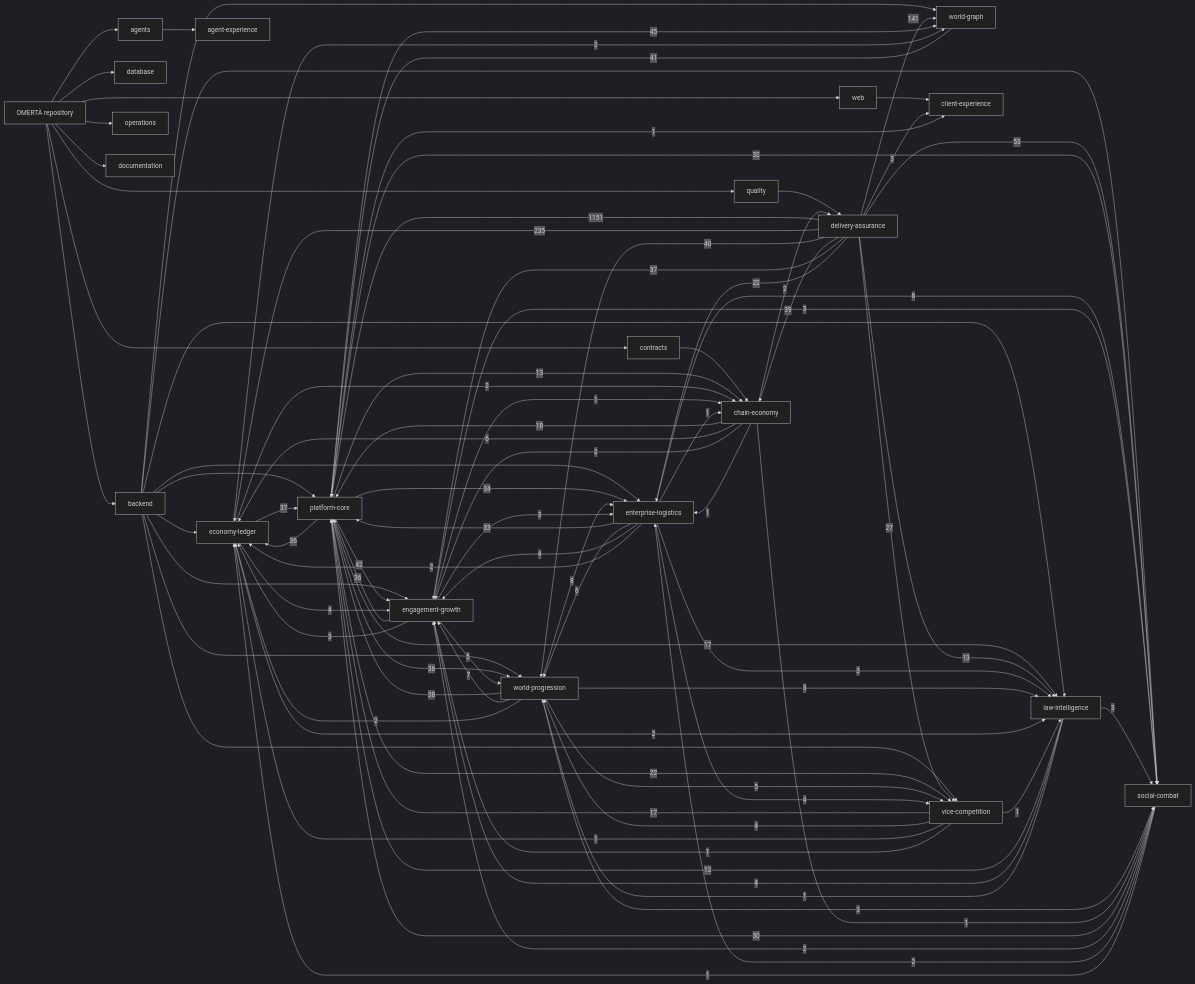
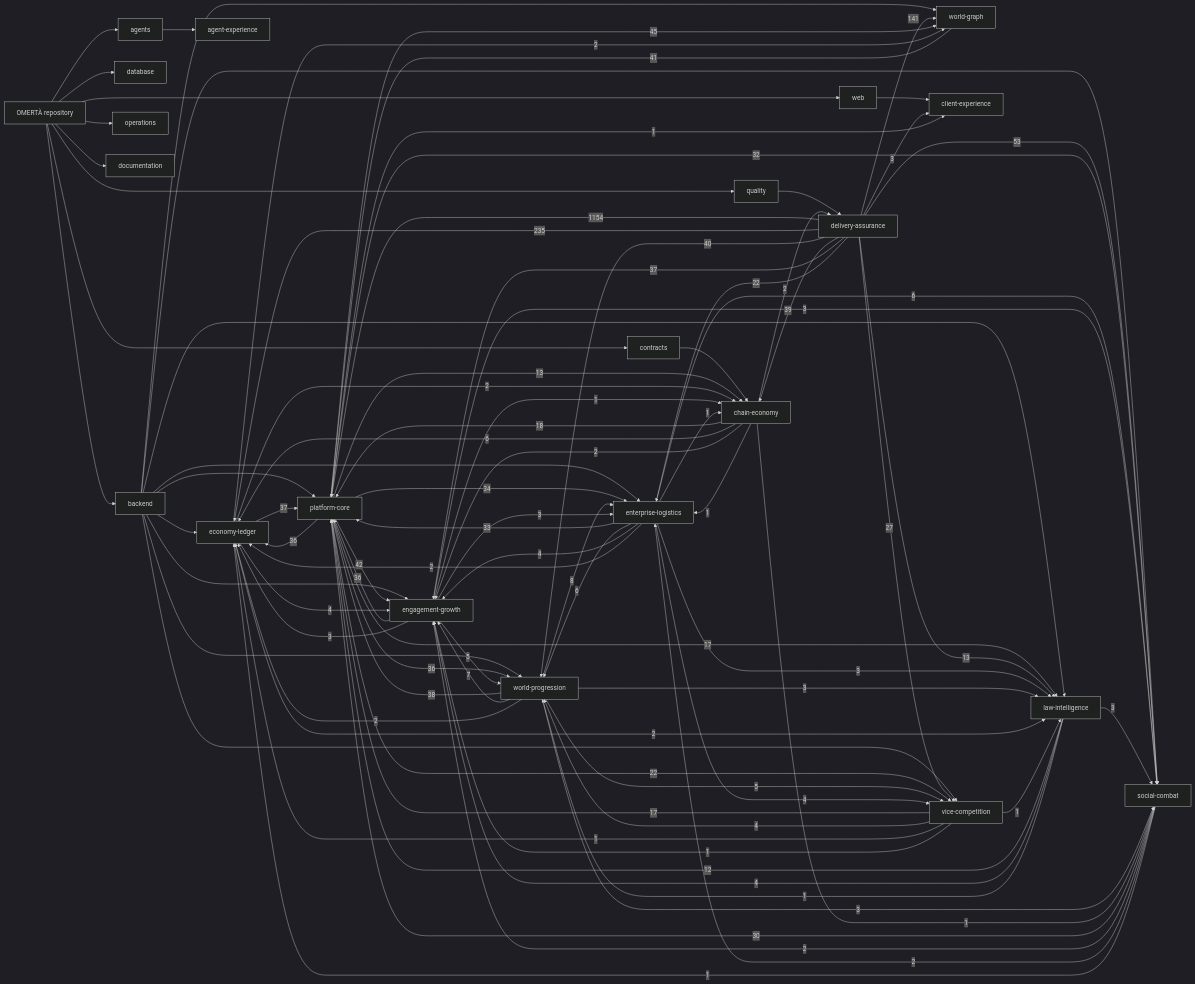
Before and after one commit to OmertaDev/Omerta: the diagram in knowledge/generated/graph.mmd, drawn with Mermaid (dark theme). The commit also changed 8 other files, not shown here.

```diff
--- a/knowledge/generated/graph.mmd
+++ b/knowledge/generated/graph.mmd
@@ -1,111 +1,111 @@
 flowchart LR
   repo["OMERTÀ repository"]
   sub_backend["backend"]
   repo --> sub_backend
   sub_database["database"]
   repo --> sub_database
   sub_web["web"]
   repo --> sub_web
   sub_contracts["contracts"]
   repo --> sub_contracts
   sub_agents["agents"]
   repo --> sub_agents
   sub_quality["quality"]
   repo --> sub_quality
   sub_operations["operations"]
   repo --> sub_operations
   sub_documentation["documentation"]
   repo --> sub_documentation
   dom_platform-core["platform-core"]
   dom_economy-ledger["economy-ledger"]
   dom_social-combat["social-combat"]
   dom_world-progression["world-progression"]
   dom_world-graph["world-graph"]
   dom_enterprise-logistics["enterprise-logistics"]
   dom_vice-competition["vice-competition"]
   dom_law-intelligence["law-intelligence"]
   dom_chain-economy["chain-economy"]
   dom_engagement-growth["engagement-growth"]
   dom_client-experience["client-experience"]
   dom_agent-experience["agent-experience"]
   dom_delivery-assurance["delivery-assurance"]
   sub_agents --> dom_agent-experience
   sub_backend --> dom_economy-ledger
   sub_backend --> dom_engagement-growth
   sub_backend --> dom_enterprise-logistics
   sub_backend --> dom_law-intelligence
   sub_backend --> dom_platform-core
   sub_backend --> dom_social-combat
   sub_backend --> dom_vice-competition
   sub_backend --> dom_world-graph
   sub_backend --> dom_world-progression
   sub_contracts --> dom_chain-economy
   sub_quality --> dom_delivery-assurance
   sub_web --> dom_client-experience
-  dom_delivery-assurance -->|1151| dom_platform-core
+  dom_delivery-assurance -->|1154| dom_platform-core
   dom_delivery-assurance -->|235| dom_economy-ledger
   dom_delivery-assurance -->|141| dom_world-graph
   dom_delivery-assurance -->|53| dom_social-combat
   dom_platform-core -->|45| dom_world-graph
   dom_platform-core -->|42| dom_engagement-growth
   dom_world-graph -->|41| dom_platform-core
   dom_delivery-assurance -->|40| dom_world-progression
   dom_delivery-assurance -->|39| dom_chain-economy
   dom_world-progression -->|38| dom_platform-core
   dom_delivery-assurance -->|37| dom_engagement-growth
   dom_economy-ledger -->|37| dom_platform-core
   dom_engagement-growth -->|36| dom_platform-core
   dom_platform-core -->|36| dom_economy-ledger
   dom_platform-core -->|36| dom_world-progression
   dom_platform-core -->|34| dom_enterprise-logistics
   dom_enterprise-logistics -->|33| dom_platform-core
   dom_platform-core -->|32| dom_social-combat
   dom_social-combat -->|30| dom_platform-core
   dom_delivery-assurance -->|27| dom_vice-competition
   dom_delivery-assurance -->|22| dom_enterprise-logistics
   dom_platform-core -->|22| dom_vice-competition
   dom_chain-economy -->|18| dom_platform-core
   dom_platform-core -->|17| dom_law-intelligence
   dom_vice-competition -->|17| dom_platform-core
   dom_delivery-assurance -->|13| dom_law-intelligence
   dom_platform-core -->|13| dom_chain-economy
   dom_law-intelligence -->|12| dom_platform-core
   dom_world-progression -->|8| dom_enterprise-logistics
   dom_world-progression -->|7| dom_engagement-growth
   dom_chain-economy -->|6| dom_economy-ledger
   dom_enterprise-logistics -->|6| dom_social-combat
   dom_enterprise-logistics -->|6| dom_world-progression
   dom_engagement-growth -->|5| dom_world-progression
   dom_world-progression -->|5| dom_vice-competition
   dom_economy-ledger -->|4| dom_engagement-growth
   dom_enterprise-logistics -->|4| dom_engagement-growth
   dom_enterprise-logistics -->|4| dom_vice-competition
   dom_law-intelligence -->|4| dom_engagement-growth
   dom_vice-competition -->|4| dom_world-progression
   dom_delivery-assurance -->|3| dom_client-experience
   dom_engagement-growth -->|3| dom_economy-ledger
   dom_engagement-growth -->|3| dom_enterprise-logistics
   dom_engagement-growth -->|3| dom_social-combat
   dom_enterprise-logistics -->|3| dom_law-intelligence
   dom_law-intelligence -->|3| dom_social-combat
   dom_world-progression -->|3| dom_law-intelligence
   dom_world-progression -->|3| dom_social-combat
   dom_chain-economy -->|2| dom_delivery-assurance
   dom_chain-economy -->|2| dom_engagement-growth
   dom_economy-ledger -->|2| dom_chain-economy
   dom_economy-ledger -->|2| dom_law-intelligence
   dom_economy-ledger -->|2| dom_world-graph
   dom_enterprise-logistics -->|2| dom_economy-ledger
   dom_social-combat -->|2| dom_engagement-growth
   dom_social-combat -->|2| dom_enterprise-logistics
   dom_world-progression -->|2| dom_economy-ledger
   dom_chain-economy -->|1| dom_enterprise-logistics
   dom_chain-economy -->|1| dom_social-combat
   dom_engagement-growth -->|1| dom_chain-economy
   dom_enterprise-logistics -->|1| dom_chain-economy
   dom_law-intelligence -->|1| dom_world-progression
   dom_platform-core -->|1| dom_client-experience
   dom_social-combat -->|1| dom_economy-ledger
   dom_vice-competition -->|1| dom_economy-ledger
   dom_vice-competition -->|1| dom_engagement-growth
   dom_vice-competition -->|1| dom_law-intelligence
```
